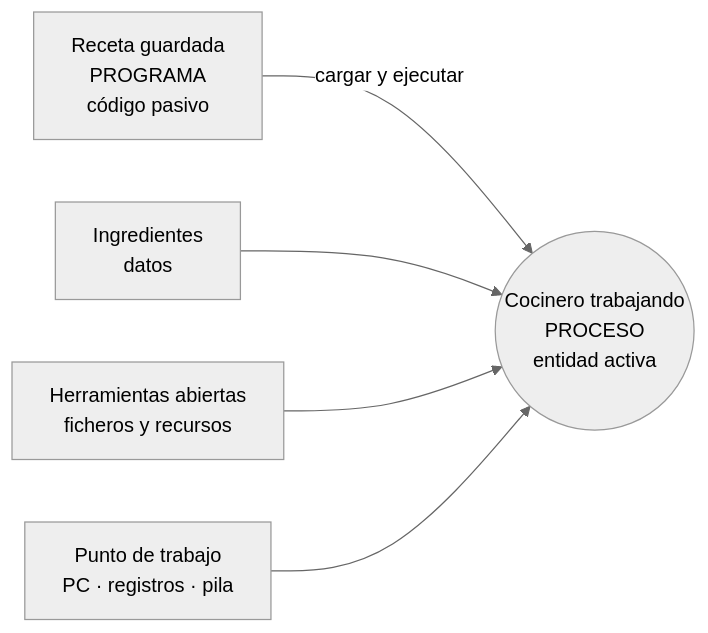
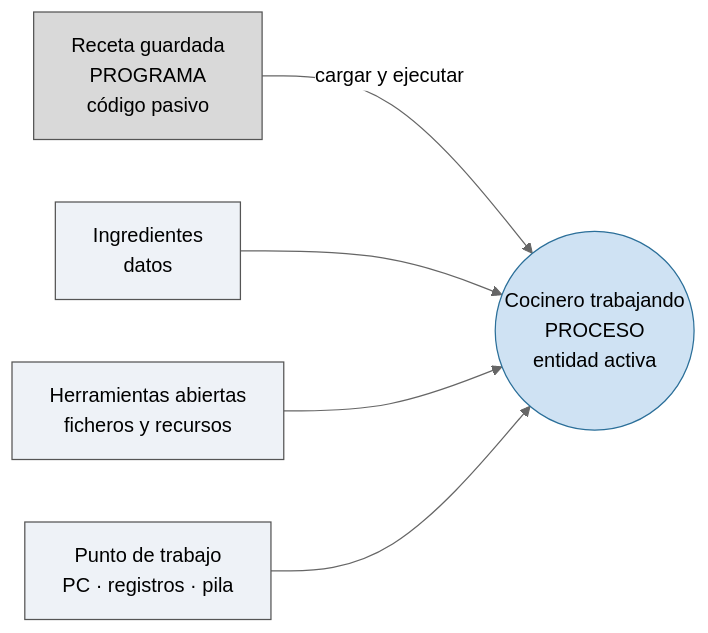
Before and after one commit to asiermarzo/ssoo: the sixth of 8 diagrams in TEORIA/03-procesos-e-hilos/README.md, drawn with Mermaid (neutral theme). The commit also changed other lines of this file and 25 other files, not shown here.

Commit message:
refinado de diagramas mermaid y svg

````diff
--- a/TEORIA/03-procesos-e-hilos/README.md
+++ b/TEORIA/03-procesos-e-hilos/README.md
@@ -420,8 +468,15 @@
 ```mermaid
 flowchart LR
     P["Receta guardada<br/>PROGRAMA<br/>código pasivo"] -->|cargar y ejecutar| X
     D["Ingredientes<br/>datos"] --> X
     R["Herramientas abiertas<br/>ficheros y recursos"] --> X
     C["Punto de trabajo<br/>PC · registros · pila"] --> X
     X(("Cocinero trabajando<br/>PROCESO<br/>entidad activa"))
+
+    classDef pasivo fill:#d9d9d9,stroke:#555,color:#000;
+    classDef insumo fill:#eef2f7,stroke:#555,color:#000;
+    classDef activo fill:#cfe2f3,stroke:#2b6f99,color:#000;
+    class P pasivo;
+    class D,R,C insumo;
+    class X activo;
 ```
````
